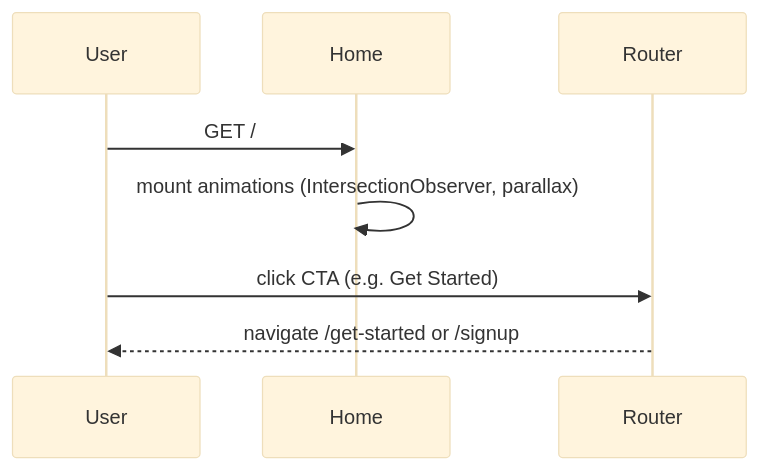
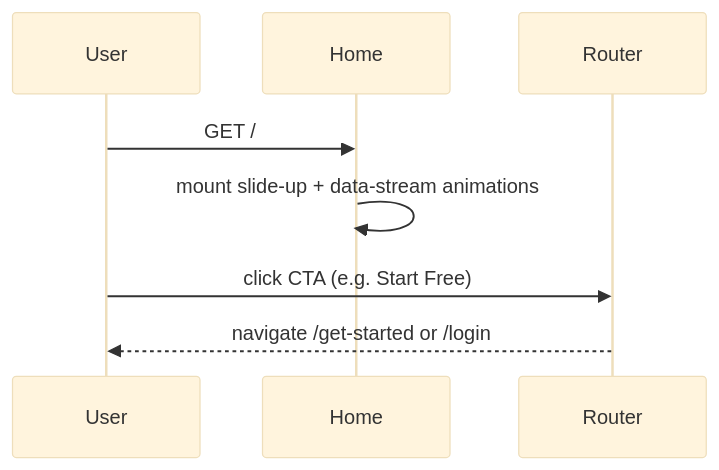
Before and after one commit to yugandharreddybana/NewCareers: the diagram in pagesflow/home/PAGE.md, drawn with Mermaid (base theme). The commit also changed other lines of this file and 360 other files, not shown here.

````diff
--- a/pagesflow/home/PAGE.md
+++ b/pagesflow/home/PAGE.md
@@ -70,11 +71,11 @@
 ```mermaid
 sequenceDiagram
     participant User
     participant Home
     participant Router
 
     User->>Home: GET /
-    Home->>Home: mount animations (IntersectionObserver, parallax)
-    User->>Router: click CTA (e.g. Get Started)
-    Router-->>User: navigate /get-started or /signup
+    Home->>Home: mount slide-up + data-stream animations
+    User->>Router: click CTA (e.g. Start Free)
+    Router-->>User: navigate /get-started or /login
 ```
````
